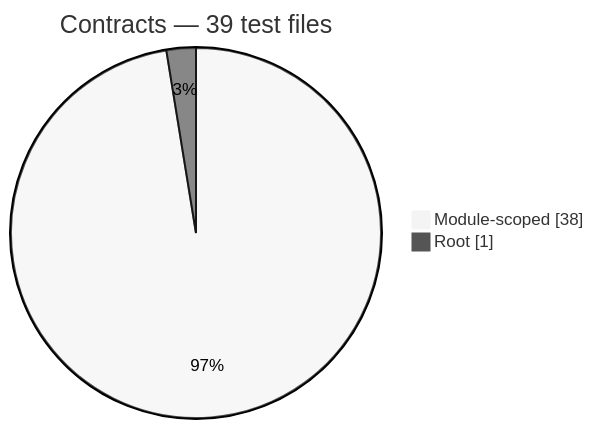
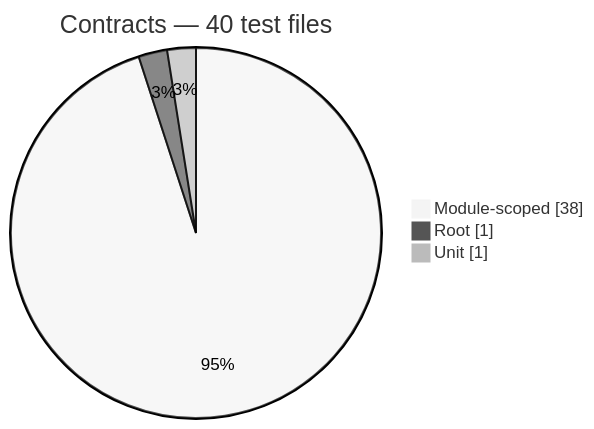
Before and after one commit to PHP-Arazzo/php-arazzo: the first of 13 diagrams in docs/generated/test-composition.md, drawn with Mermaid (neutral theme). The commit also changed other lines of this file and 209 other files, not shown here.

````diff
--- a/docs/generated/test-composition.md
+++ b/docs/generated/test-composition.md
@@ -14,6 +14,7 @@
 ```mermaid
 pie showData
-    title Contracts — 39 test files
+    title Contracts — 40 test files
     "Module-scoped": 38
     "Root": 1
+    "Unit": 1
 ```
````
